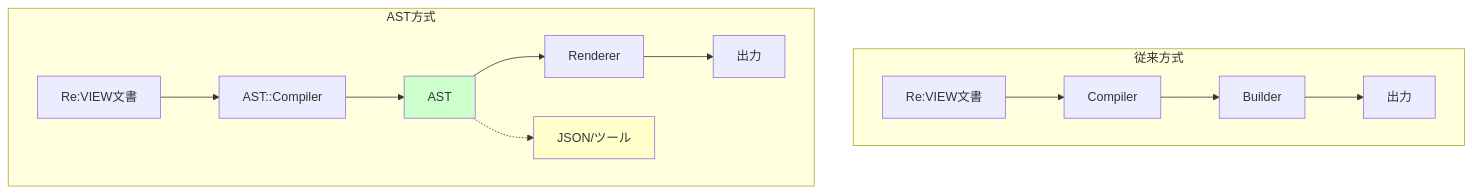
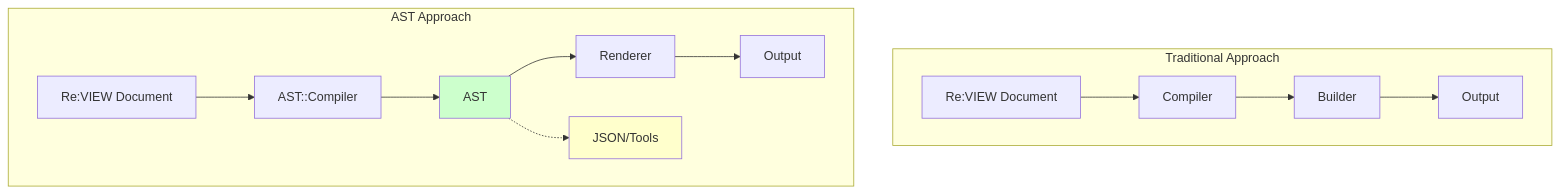
One commit to kmuto/review changed the fourth of 5 diagrams in doc/ast.md. Above: the diagram before and after it, drawn with Mermaid. The commit also changed other lines of this file and 9 other files, not shown here.

````diff
--- a/doc/ast.md
+++ b/doc/ast.md
@@ -123,19 +123,19 @@
 ```mermaid
 graph TB
-    subgraph "従来方式"
-        A1[Re:VIEW文書] --> B1[Compiler]
+    subgraph "Traditional Approach"
+        A1[Re:VIEW Document] --> B1[Compiler]
         B1 --> C1[Builder]
-        C1 --> D1[出力]
+        C1 --> D1[Output]
     end
 
-    subgraph "AST方式"
-        A2[Re:VIEW文書] --> B2[AST::Compiler]
+    subgraph "AST Approach"
+        A2[Re:VIEW Document] --> B2[AST::Compiler]
         B2 --> C2[AST]
         C2 --> D2[Renderer]
-        D2 --> E2[出力]
-        C2 -.-> F2[JSON/ツール]
+        D2 --> E2[Output]
+        C2 -.-> F2[JSON/Tools]
     end
 
     style C2 fill:#ccffcc
     style F2 fill:#ffffcc
 ```
````
